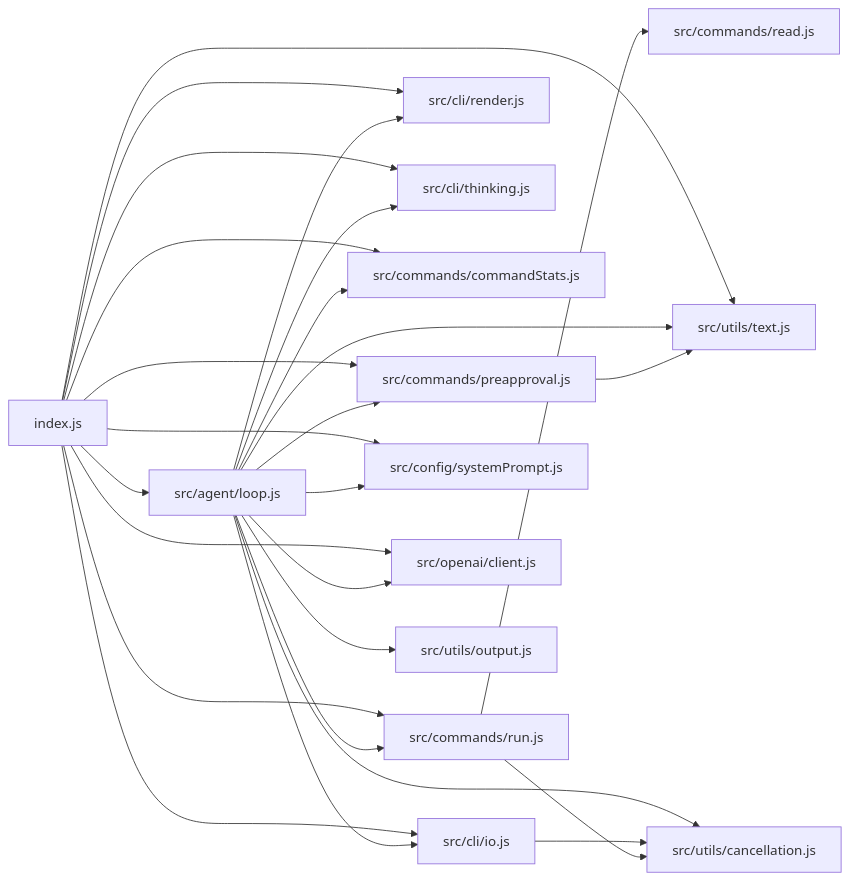
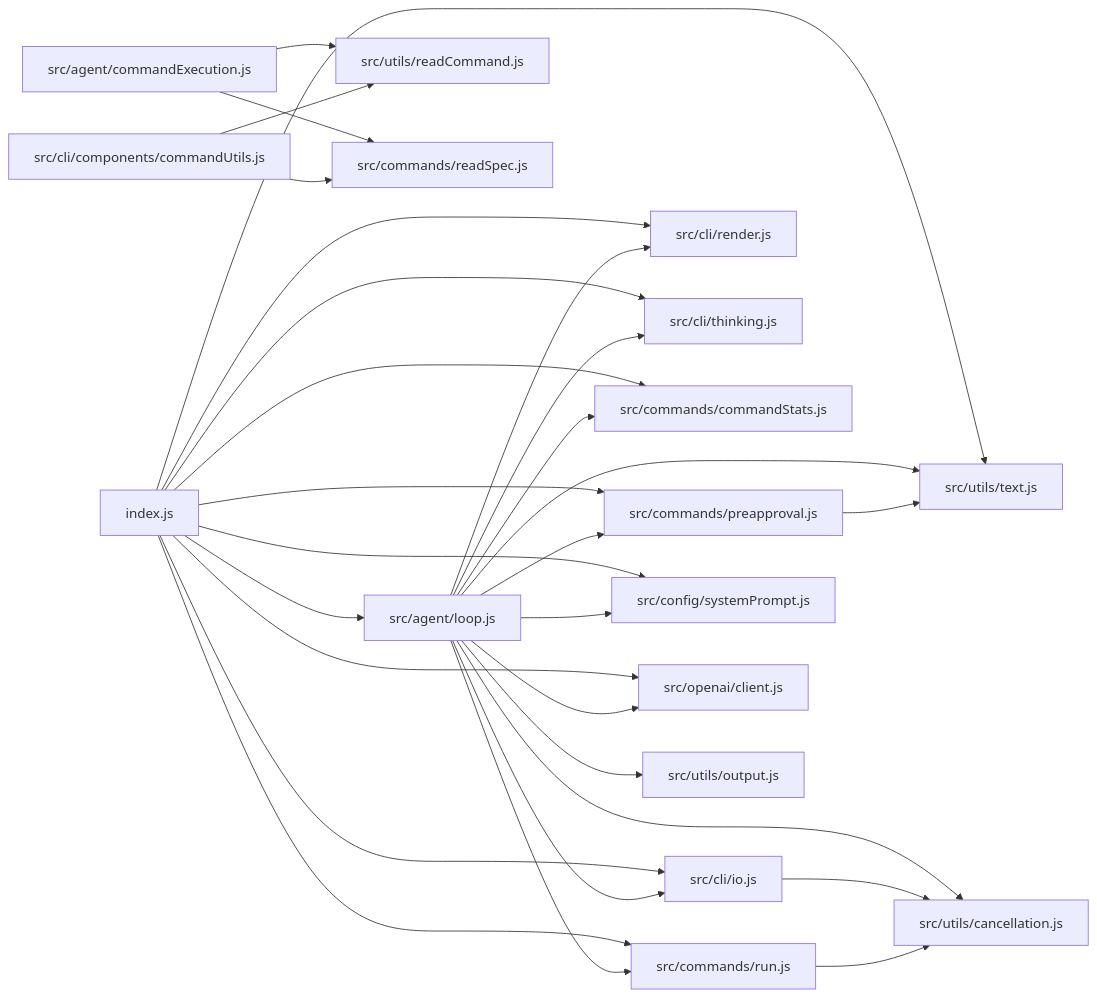
Before and after one commit to asynkron/OpenAgent: the diagram in docs/js-dependency-graph.md, drawn with Mermaid. The commit also changed 14 other files, not shown here.

Commit message:
Route read helper through shared utils

````diff
--- a/docs/js-dependency-graph.md
+++ b/docs/js-dependency-graph.md
@@ -5,28 +5,31 @@
 ```mermaid
 graph LR
   index_js["index.js"] --> src_agent_loop_js["src/agent/loop.js"]
   index_js --> src_cli_io_js["src/cli/io.js"]
   index_js --> src_cli_render_js["src/cli/render.js"]
   index_js --> src_cli_thinking_js["src/cli/thinking.js"]
   index_js --> src_commands_commandStats_js["src/commands/commandStats.js"]
   index_js --> src_commands_preapproval_js["src/commands/preapproval.js"]
   index_js --> src_commands_run_js["src/commands/run.js"]
   index_js --> src_config_systemPrompt_js["src/config/systemPrompt.js"]
   index_js --> src_openai_client_js["src/openai/client.js"]
   index_js --> src_utils_text_js["src/utils/text.js"]
   src_agent_loop_js --> src_cli_io_js
   src_agent_loop_js --> src_cli_render_js
   src_agent_loop_js --> src_cli_thinking_js
   src_agent_loop_js --> src_commands_commandStats_js
   src_agent_loop_js --> src_commands_preapproval_js
   src_agent_loop_js --> src_commands_run_js
   src_agent_loop_js --> src_config_systemPrompt_js
   src_agent_loop_js --> src_openai_client_js
   src_agent_loop_js --> src_utils_cancellation_js["src/utils/cancellation.js"]
   src_agent_loop_js --> src_utils_output_js["src/utils/output.js"]
   src_agent_loop_js --> src_utils_text_js
   src_cli_io_js --> src_utils_cancellation_js
   src_commands_preapproval_js --> src_utils_text_js
-  src_commands_run_js --> src_commands_read_js["src/commands/read.js"]
+  src_agent_commandExecution_js["src/agent/commandExecution.js"] --> src_utils_readCommand_js["src/utils/readCommand.js"]
+  src_agent_commandExecution_js --> src_commands_readSpec_js["src/commands/readSpec.js"]
+  src_cli_components_commandUtils_js["src/cli/components/commandUtils.js"] --> src_utils_readCommand_js
+  src_cli_components_commandUtils_js --> src_commands_readSpec_js
   src_commands_run_js --> src_utils_cancellation_js
 ```
````
